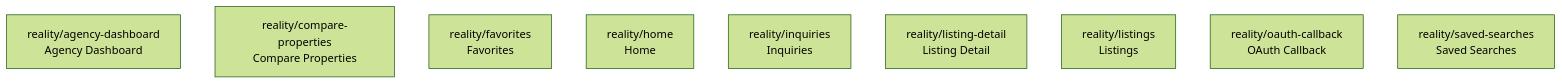
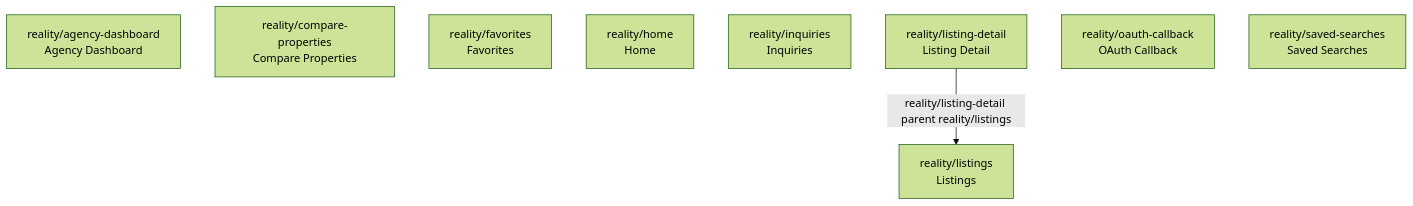
The diagram in docs/screens/_diagrams/reality-site-graph.mmd (martin-janci/property-management), drawn with Mermaid (forest theme) before and after one commit. The commit also changed 35 other files, not shown here.

```diff
--- a/docs/screens/_diagrams/reality-site-graph.mmd
+++ b/docs/screens/_diagrams/reality-site-graph.mmd
@@ -1,10 +1,11 @@
 graph TD
   reality__agency-dashboard["reality/agency-dashboard<br/>Agency Dashboard"]
   reality__compare-properties["reality/compare-properties<br/>Compare Properties"]
   reality__favorites["reality/favorites<br/>Favorites"]
   reality__home["reality/home<br/>Home"]
   reality__inquiries["reality/inquiries<br/>Inquiries"]
   reality__listing-detail["reality/listing-detail<br/>Listing Detail"]
   reality__listings["reality/listings<br/>Listings"]
   reality__oauth-callback["reality/oauth-callback<br/>OAuth Callback"]
   reality__saved-searches["reality/saved-searches<br/>Saved Searches"]
+  reality__listing-detail -- "reality/listing-detail parent reality/listings" --> reality__listings
```
